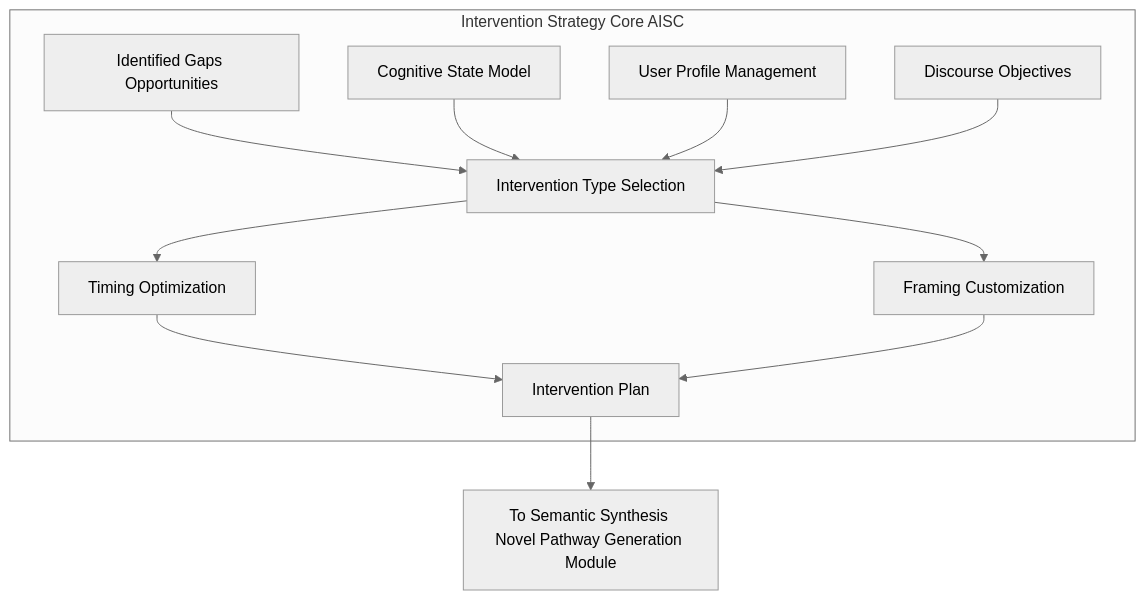
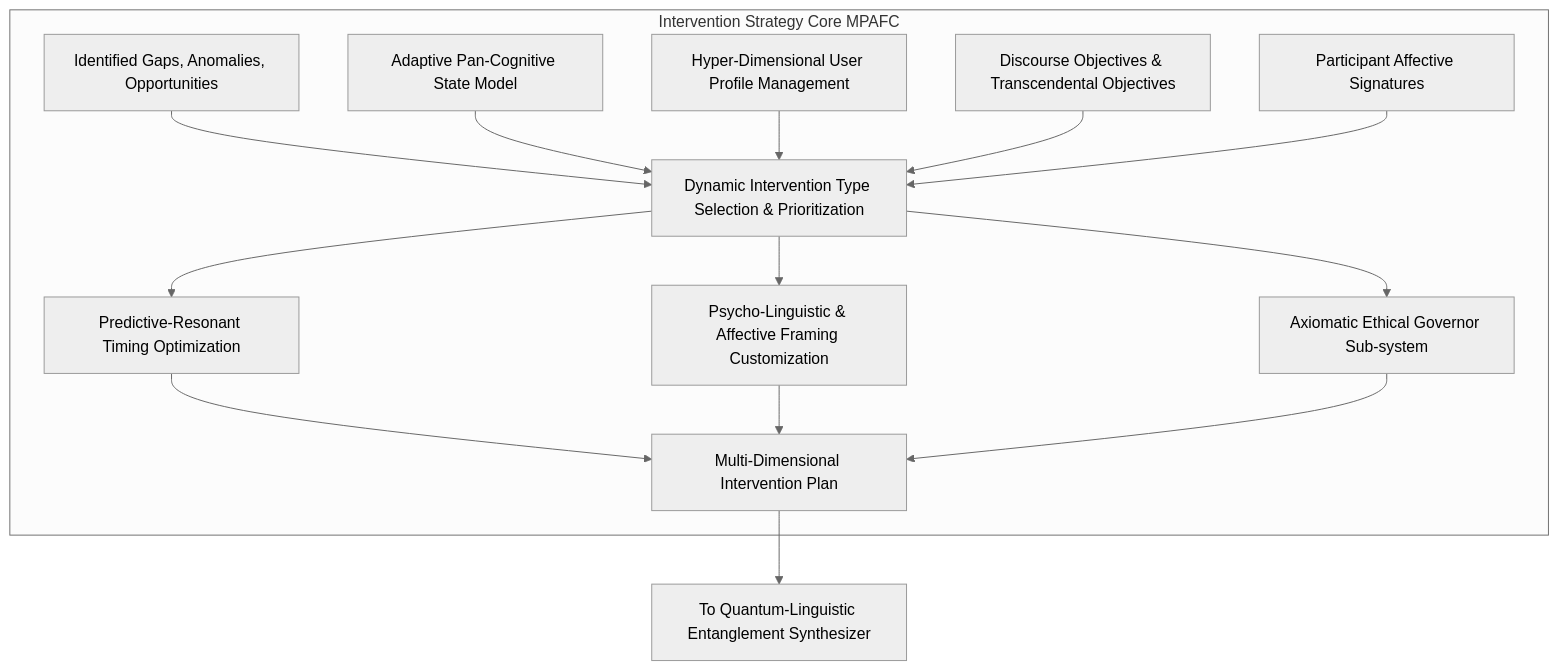
The fifth of 11 diagrams in inventions/inventions/012_holographic_meeting_scribe/015_autonomous_discourse_orchestration_agent.md (diplomat-bit/Citibank_Demo_Business_Inc_Demonstration-), drawn with Mermaid (neutral theme) before and after one commit. The commit also changed other lines of this file, not shown here.

````diff
--- a/inventions/inventions/012_holographic_meeting_scribe/015_autonomous_discourse_orchestration_agent.md
+++ b/inventions/inventions/012_holographic_meeting_scribe/015_autonomous_discourse_orchestration_agent.md
@@ -201,17 +223,20 @@
 ```mermaid
 graph TD
-    subgraph Intervention Strategy Core AISC
-        GOIE_INPUT[Identified Gaps Opportunities] --> INTERVENTION_SELECTION[Intervention Type Selection];
-        CSM_INPUT[Cognitive State Model] --> INTERVENTION_SELECTION;
-        UPM[User Profile Management] --> INTERVENTION_SELECTION;
-        DISC_GOALS[Discourse Objectives] --> INTERVENTION_SELECTION;
+    subgraph Intervention Strategy Core MPAFC
+        PCOAIE_INPUT[Identified Gaps, Anomalies, Opportunities] --> INTERVENTION_SELECTION[Dynamic Intervention Type Selection & Prioritization];
+        APCSM_INPUT[Adaptive Pan-Cognitive State Model] --> INTERVENTION_SELECTION;
+        UPM[Hyper-Dimensional User Profile Management] --> INTERVENTION_SELECTION;
+        DISC_GOALS[Discourse Objectives & Transcendental Objectives] --> INTERVENTION_SELECTION;
+        P_A[Participant Affective Signatures] --> INTERVENTION_SELECTION;
         
-        INTERVENTION_SELECTION --> TIMING_OPTIMIZATION[Timing Optimization];
-        INTERVENTION_SELECTION --> FRAMING_CUSTOMIZATION[Framing Customization];
+        INTERVENTION_SELECTION --> TIMING_OPTIMIZATION[Predictive-Resonant Timing Optimization];
+        INTERVENTION_SELECTION --> FRAMING_CUSTOMIZATION[Psycho-Linguistic & Affective Framing Customization];
+        INTERVENTION_SELECTION --> ETHICAL_GOVERNOR[Axiomatic Ethical Governor Sub-system];
         
-        TIMING_OPTIMIZATION --> INTERVENTION_PLAN[Intervention Plan];
+        TIMING_OPTIMIZATION --> INTERVENTION_PLAN[Multi-Dimensional Intervention Plan];
         FRAMING_CUSTOMIZATION --> INTERVENTION_PLAN;
+        ETHICAL_GOVERNOR --> INTERVENTION_PLAN;
     end
 
-    INTERVENTION_PLAN --> SSNGM_INPUT[To Semantic Synthesis Novel Pathway Generation Module];
+    INTERVENTION_PLAN --> QLES_INPUT[To Quantum-Linguistic Entanglement Synthesizer];
 ```
````
